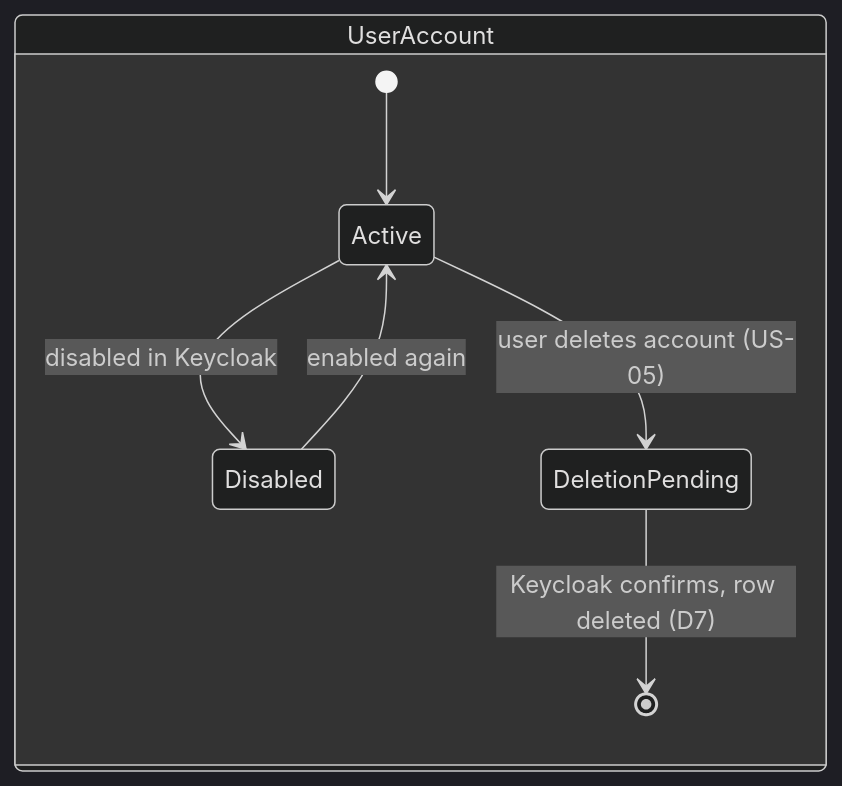
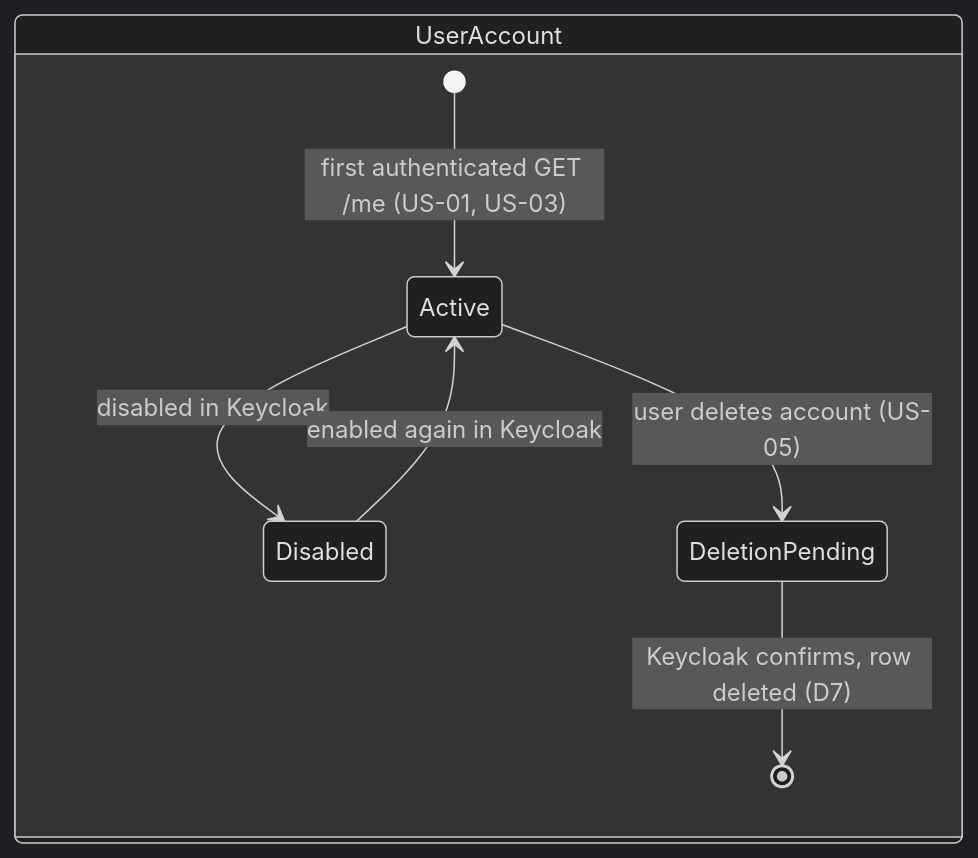
The second of 8 diagrams in Docs/Technical/domain-model.md (tomasoliveira21/LABDSOF), drawn with Mermaid (dark theme) before and after one commit. The commit also changed other lines of this file and 3 other files, not shown here.

````diff
--- a/Docs/Technical/domain-model.md
+++ b/Docs/Technical/domain-model.md
@@ -227,11 +229,11 @@
 ```mermaid
 stateDiagram-v2
     direction LR
     state "UserAccount" as UA {
-        [*] --> Active
+        [*] --> Active : first authenticated GET /me (US-01, US-03)
         Active --> Disabled : disabled in Keycloak
-        Disabled --> Active : enabled again
+        Disabled --> Active : enabled again in Keycloak
         Active --> DeletionPending : user deletes account (US-05)
         DeletionPending --> [*] : Keycloak confirms, row deleted (D7)
     }
 ```
````
